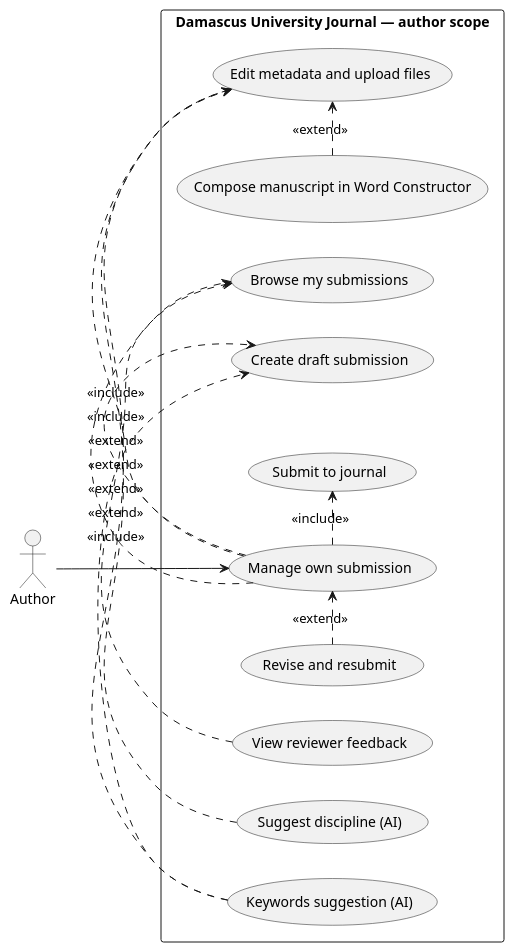
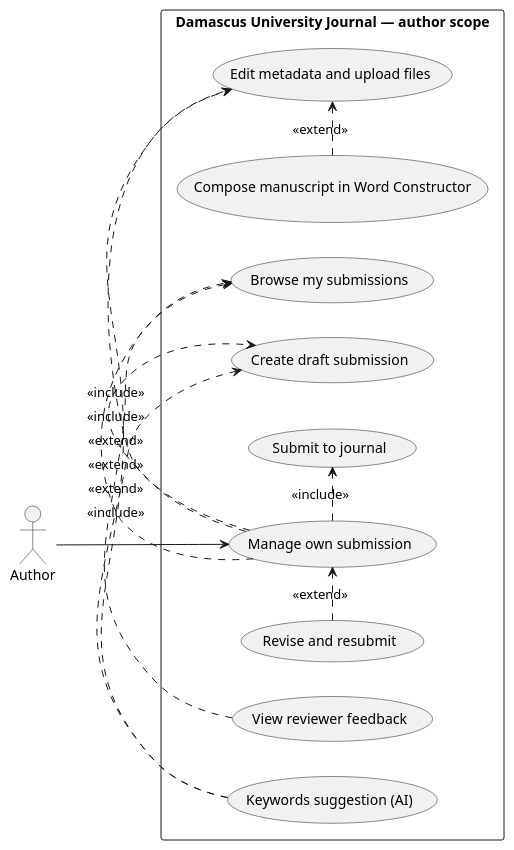
Before and after one commit to OmarNajiAlhayek/folio: the diagram in docs/diagrams/use-cases/author.puml, drawn with PlantUML. The commit also changed 128 other files, not shown here.

```diff
--- a/docs/diagrams/use-cases/author.puml
+++ b/docs/diagrams/use-cases/author.puml
@@ -1,42 +1,40 @@
 @startuml folio-author-use-cases
 ' Damascus University Journal — Author essentials (submission.manage_own only)
-' AI: suggest discipline, keyword suggestions (docs/plans/ai-service.md)
+' AI: keyword suggestions (docs/plans/ai-service.md)
 ' Excludes staff roles (editor, journal manager, reviewer, copyeditor diagrams)
 ' Render: https://www.plantuml.com/plantuml
 
 left to right direction
 skinparam packageStyle rectangle
 skinparam actorStyle stickman
 
 actor "Author" as AU
 
 rectangle "Damascus University Journal — author scope" {
 
   usecase "Manage own submission" as UC_Own
   usecase "Browse my submissions" as UC_List
   usecase "Create draft submission" as UC_Create
   usecase "Edit metadata and upload files" as UC_Edit
   usecase "Compose manuscript in Word Constructor" as UC_Constructor
   usecase "Submit to journal" as UC_Submit
   usecase "Revise and resubmit" as UC_Revise
   usecase "View reviewer feedback" as UC_Feedback
 
-  usecase "Suggest discipline (AI)" as UC_AiDiscipline
   usecase "Keywords suggestion (AI)" as UC_AiKeywords
 }
 
 AU --> UC_Own
 
 UC_Own .> UC_List : <<include>>
 UC_Own .> UC_Create : <<include>>
 UC_Own .> UC_Edit : <<include>>
 UC_Own .> UC_Submit : <<include>>
 UC_Constructor .> UC_Edit : <<extend>>
 UC_Revise .> UC_Own : <<extend>>
 UC_Feedback .> UC_List : <<extend>>
 
-UC_AiDiscipline .> UC_Edit : <<extend>>
 UC_AiKeywords .> UC_Edit : <<extend>>
 UC_AiKeywords .> UC_Create : <<extend>>
 
 @enduml
```
